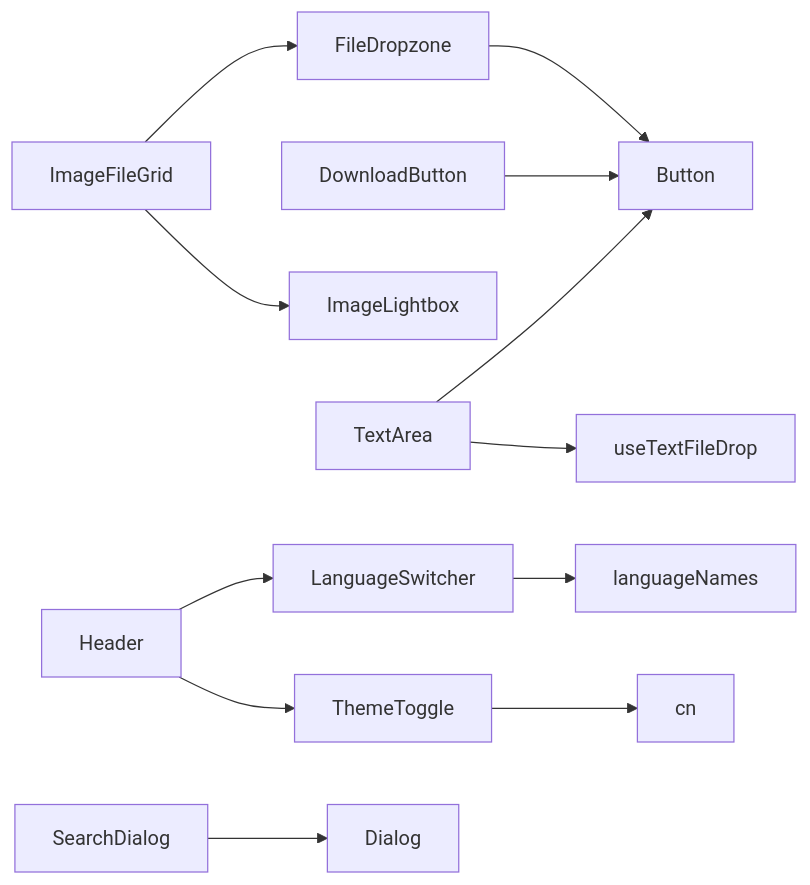
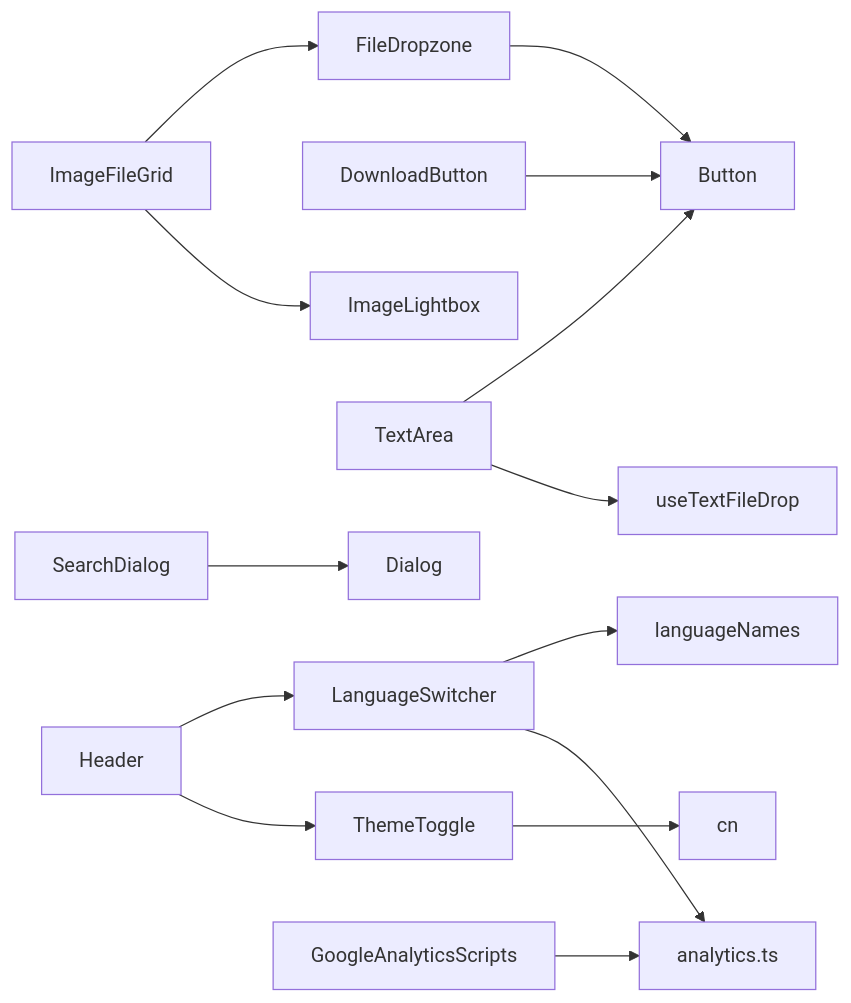
One commit to sgyy/privadeck changed the fifth of 5 diagrams in .qoder/repowiki/zh/content/UI组件系统/共享组件.md. Above: the diagram before and after it, drawn with Mermaid. The commit also changed other lines of this file and 5 other files, not shown here.

````diff
--- a/.qoder/repowiki/zh/content/UI组件系统/共享组件.md
+++ b/.qoder/repowiki/zh/content/UI组件系统/共享组件.md
@@ -606,14 +694,16 @@
 ```mermaid
 graph LR
 FDZ["FileDropzone"] --> BTN["Button"]
 DLB["DownloadButton"] --> BTN
 IFG["ImageFileGrid"] --> FDZ
 IFG --> ILB["ImageLightbox"]
 TA["TextArea"] --> BTN
 TA --> UTEXT["useTextFileDrop"]
 TT["ThemeToggle"] --> CN["cn"]
 LS["LanguageSwitcher"] --> LANGNAMES["languageNames"]
+LS --> ANALYTICS["analytics.ts"]
 SD["SearchDialog"] --> DLG["Dialog"]
 HDR["Header"] --> LS
 HDR --> TT
+GAS["GoogleAnalyticsScripts"] --> ANALYTICS
 ```
````
